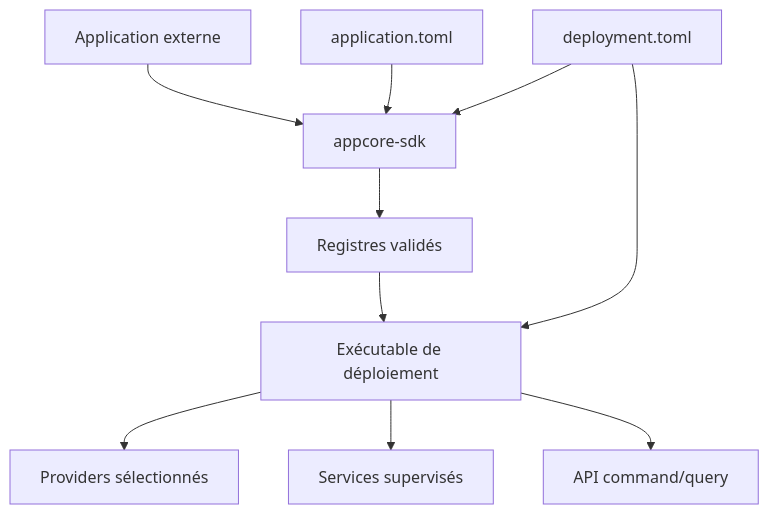
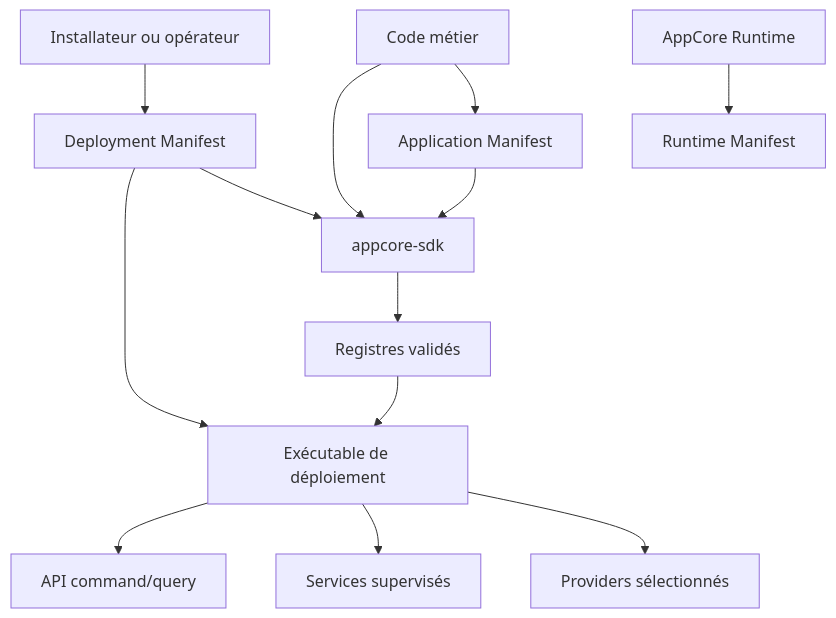
One commit to dnettoRaw/appcore-wiki changed the first of 2 diagrams in i18n/fr/docusaurus-plugin-content-docs/current/introduction/what-is-appcore.md. Above: the diagram before and after it, drawn with Mermaid. The commit also changed 16 other files, not shown here.

````diff
--- a/i18n/fr/docusaurus-plugin-content-docs/current/introduction/what-is-appcore.md
+++ b/i18n/fr/docusaurus-plugin-content-docs/current/introduction/what-is-appcore.md
@@ -27,12 +27,15 @@
 ```mermaid
 flowchart TB
-    App[Application externe] --> SDK[appcore-sdk]
-    Manifest[application.toml] --> SDK
-    Deployment[deployment.toml] --> SDK
+    Business[Code métier] --> AppManifest[Application Manifest]
+    Operator[Installateur ou opérateur] --> DeployManifest[Deployment Manifest]
+    Runtime[AppCore Runtime] --> RuntimeManifest[Runtime Manifest]
+    AppManifest --> SDK[appcore-sdk]
+    DeployManifest --> SDK
+    Business --> SDK
     SDK --> Prepared[Registres validés]
-    Prepared --> Executable[Exécutable de déploiement]
-    Deployment --> Executable
-    Executable --> Providers[Providers sélectionnés]
-    Executable --> Services[Services supervisés]
-    Executable --> API[API command/query]
+    DeployManifest --> Deployment[Exécutable de déploiement]
+    Prepared --> Deployment
+    Deployment --> Providers[Providers sélectionnés]
+    Deployment --> Services[Services supervisés]
+    Deployment --> API[API command/query]
 ```
````
